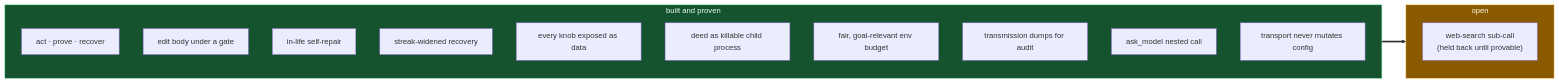
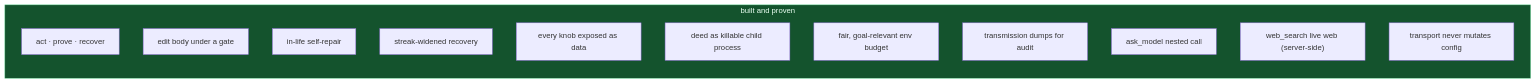
Before and after one commit to wgabrys88/endgame-ai: diagram 16 of 17 in README.md, drawn with Mermaid. The commit also changed other lines of this file, not shown here.

First line of the commit message:
docs(readme): web_search proven and shipped - item 4 fully complete, nothing named open

````diff
--- a/README.md
+++ b/README.md
@@ -536,21 +535,17 @@
 ```mermaid
 flowchart LR
     subgraph DONE["built and proven"]
         D1["act · prove · recover"]
         D2["edit body under a gate"]
         D3["in-life self-repair"]
         D4["streak-widened recovery"]
         D5["every knob exposed as data"]
         D6["deed as killable child process"]
         D7["fair, goal-relevant env budget"]
         D8["transmission dumps for audit"]
         D9["ask_model nested call"]
-        D10["transport never mutates config"]
+        D10["web_search live web (server-side)"]
+        D11["transport never mutates config"]
     end
-    subgraph GAP["open"]
-        G1["web-search sub-call<br/>(held back until provable)"]
-    end
-    DONE ==> GAP
     style DONE fill:#14532d,stroke:#7be0a6,color:#eafff2
-    style GAP fill:#8a5a00,stroke:#ffd479,color:#fff6e0
 ```
````
